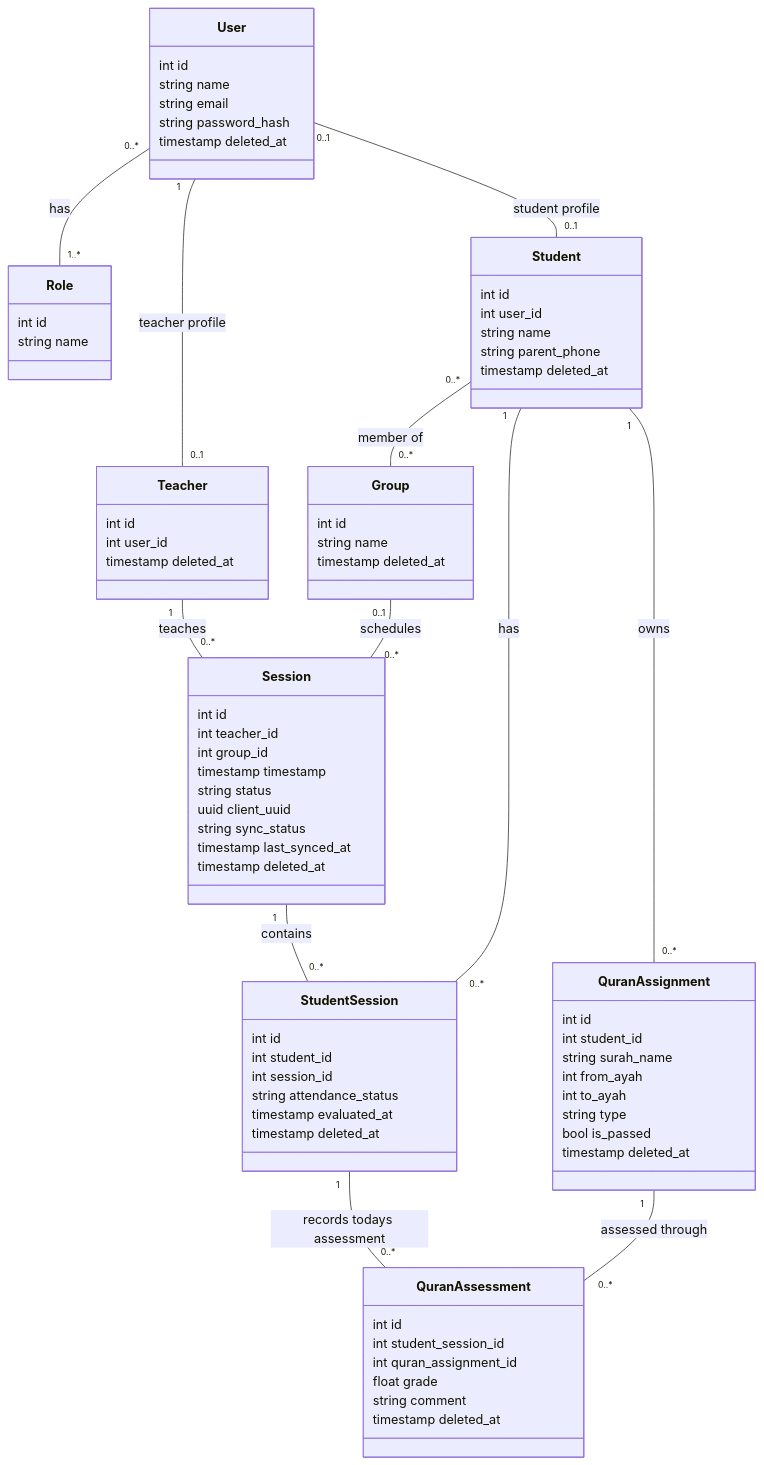
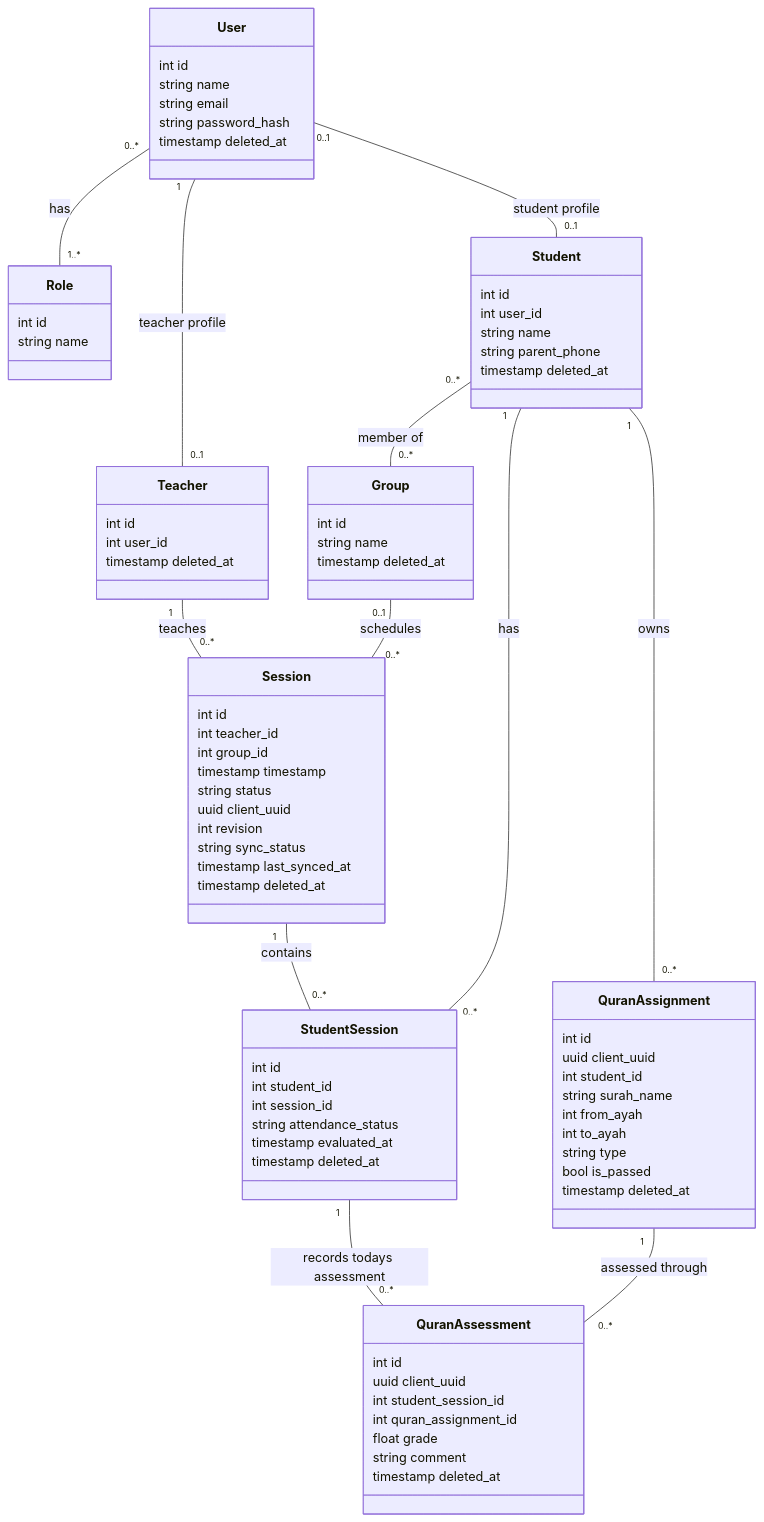
One commit to OussamaNahnah/Halaka changed the diagram in docs/class-diagram.md. Above: the diagram before and after it, drawn with Mermaid. The commit also changed other lines of this file and 84 other files, not shown here.

```diff
--- a/docs/class-diagram.md
+++ b/docs/class-diagram.md
@@ -50,6 +50,7 @@
   timestamp timestamp
   string status
   uuid client_uuid
+  int revision
   string sync_status
   timestamp last_synced_at
   timestamp deleted_at
@@ -64,6 +65,7 @@
 }
 class QuranAssignment {
   int id
+  uuid client_uuid
   int student_id
   string surah_name
   int from_ayah
@@ -74,6 +76,7 @@
 }
 class QuranAssessment {
   int id
+  uuid client_uuid
   int student_session_id
   int quran_assignment_id
   float grade
```
